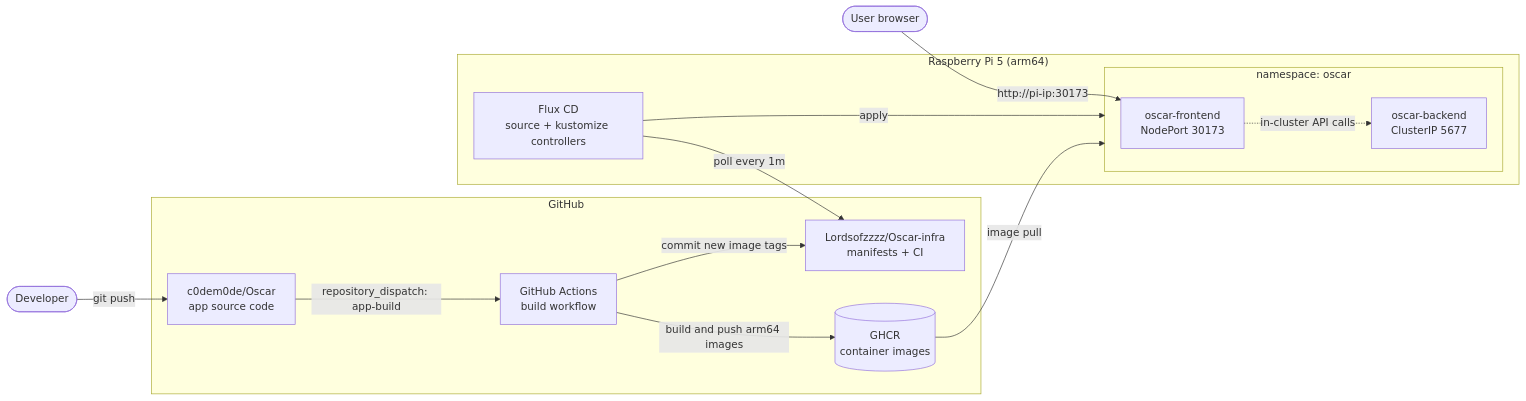
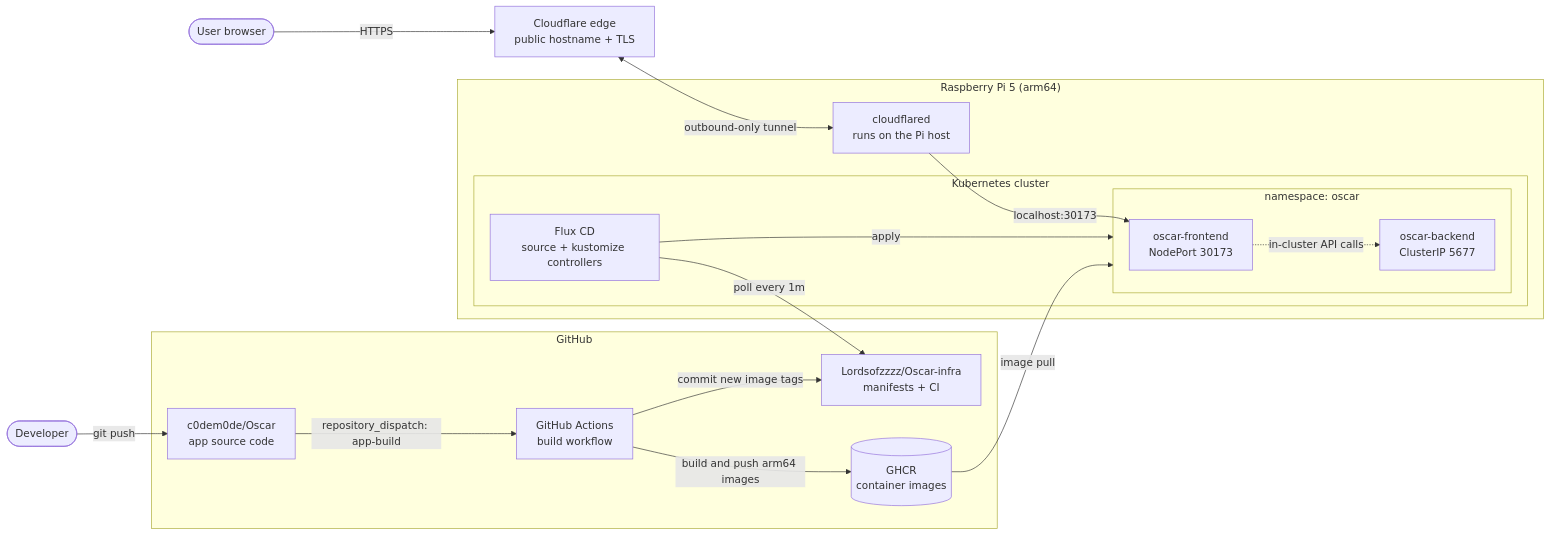
The first of 4 diagrams in README.md (Lordsofzzzz/Oscar-infra), drawn with Mermaid before and after one commit. The commit also changed other lines of this file, not shown here.

````diff
--- a/README.md
+++ b/README.md
@@ -32,31 +33,37 @@
 ```mermaid
 flowchart LR
     dev([Developer])
 
     subgraph GH["GitHub"]
         app["c0dem0de/Oscar<br/>app source code"]
         infra["Lordsofzzzz/Oscar-infra<br/>manifests + CI"]
         ci["GitHub Actions<br/>build workflow"]
         ghcr[("GHCR<br/>container images")]
     end
 
     subgraph PI["Raspberry Pi 5 (arm64)"]
-        flux["Flux CD<br/>source + kustomize controllers"]
-        subgraph NS["namespace: oscar"]
-            fe["oscar-frontend<br/>NodePort 30173"]
-            be["oscar-backend<br/>ClusterIP 5677"]
+        cfd["cloudflared<br/>runs on the Pi host"]
+        subgraph K8S["Kubernetes cluster"]
+            flux["Flux CD<br/>source + kustomize controllers"]
+            subgraph NS["namespace: oscar"]
+                fe["oscar-frontend<br/>NodePort 30173"]
+                be["oscar-backend<br/>ClusterIP 5677"]
+            end
         end
     end
 
+    cf["Cloudflare edge<br/>public hostname + TLS"]
     user([User browser])
 
     dev -->|git push| app
     app -->|"repository_dispatch: app-build"| ci
     ci -->|"build and push arm64 images"| ghcr
     ci -->|"commit new image tags"| infra
     flux -->|"poll every 1m"| infra
     flux -->|apply| NS
     ghcr -->|image pull| NS
-    user -->|"http://pi-ip:30173"| fe
+    user -->|HTTPS| cf
+    cf <-->|"outbound-only tunnel"| cfd
+    cfd -->|"localhost:30173"| fe
     fe -.->|in-cluster API calls| be
 ```
````
